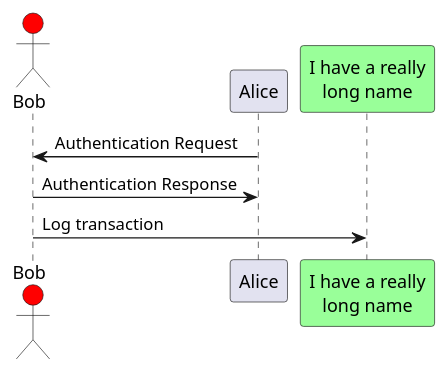
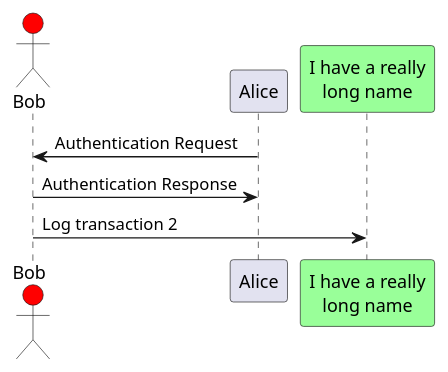
Before and after one commit to rafaelbrandaof/test.plantuml-action: the diagram in diagrams/test.puml, drawn with PlantUML.

```diff
--- a/diagrams/test.puml
+++ b/diagrams/test.puml
@@ -1,14 +1,14 @@
 @startuml
 actor Bob #red
 ' The only difference between actor
 'and participant is the drawing
 participant Alice
 participant "I have a really\nlong name" as L #99FF99
 /' You can also declare:
    participant L as "I have a really\nlong name"  #99FF99
   '/
 
 Alice->Bob: Authentication Request
 Bob->Alice: Authentication Response
-Bob->L: Log transaction
+Bob->L: Log transaction 2
 @enduml
```
